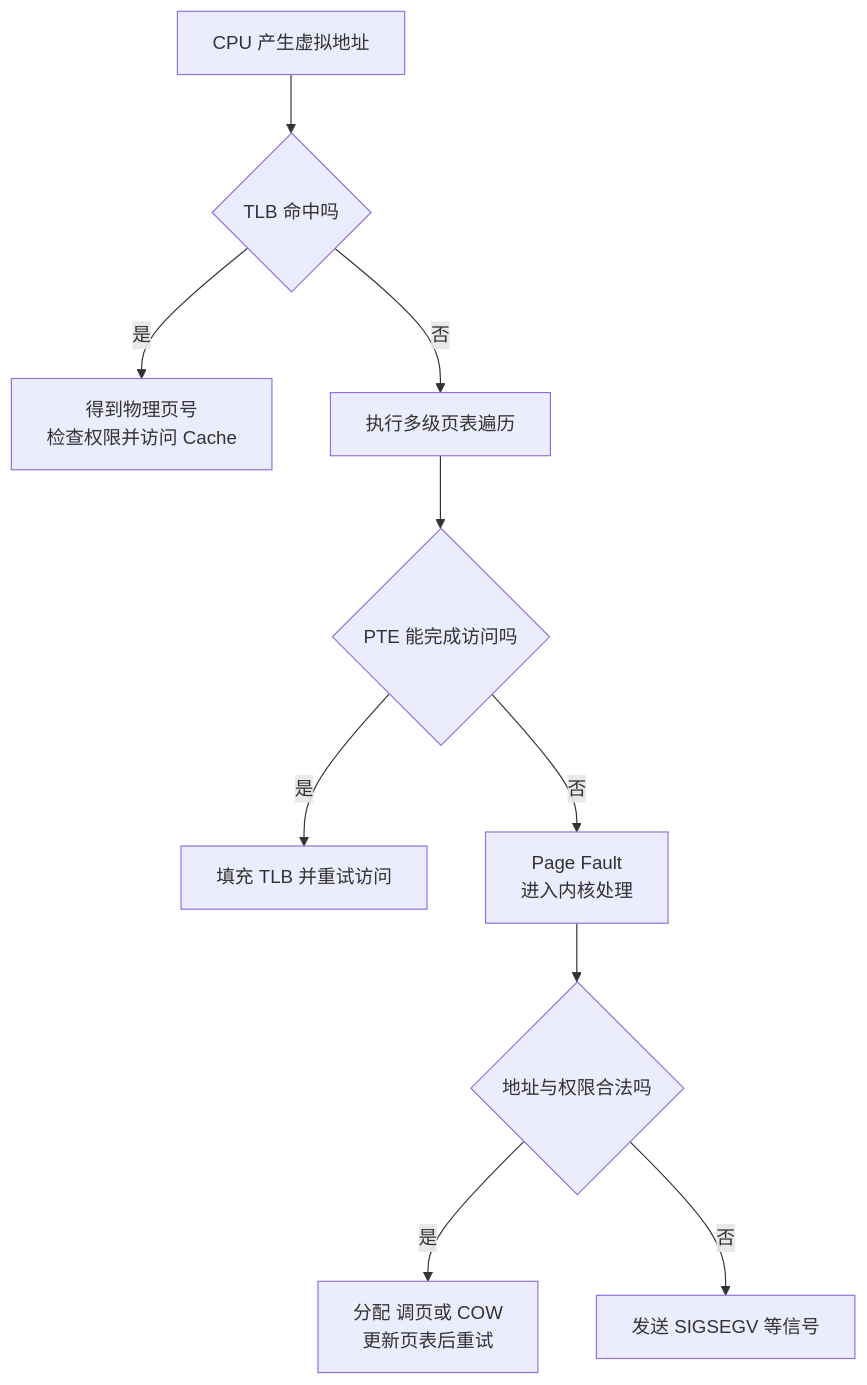
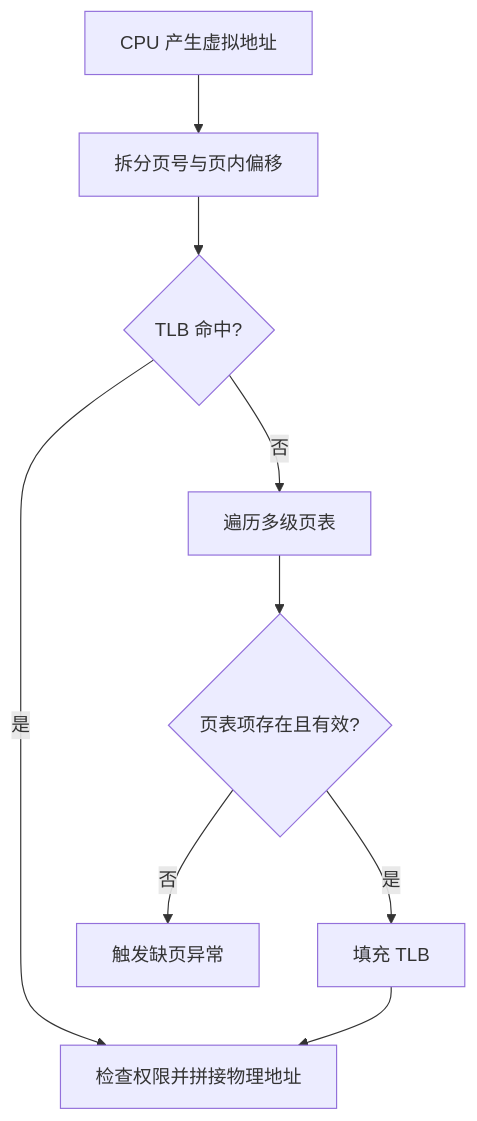
One commit to ranxi2001/zero2Leetcode changed the second of 2 diagrams in 05_interview/fundamentals/cs-core/operating-system/03-virtual-memory/index.md. Above: the diagram before and after it, drawn with Mermaid. The commit also changed other lines of this file and 38 other files, not shown here.

````diff
--- a/05_interview/fundamentals/cs-core/operating-system/03-virtual-memory/index.md
+++ b/05_interview/fundamentals/cs-core/operating-system/03-virtual-memory/index.md
@@ -103,12 +56,11 @@
 ```mermaid
 flowchart TD
-    A["CPU 产生虚拟地址"] --> B{"TLB 命中吗"}
-    B -->|"是"| C["得到物理页号<br>检查权限并访问 Cache"]
-    B -->|"否"| D["执行多级页表遍历"]
-    D --> E{"PTE 能完成访问吗"}
-    E -->|"是"| F["填充 TLB 并重试访问"]
-    E -->|"否"| G["Page Fault<br>进入内核处理"]
-    G --> H{"地址与权限合法吗"}
-    H -->|"是"| I["分配 调页或 COW<br>更新页表后重试"]
-    H -->|"否"| J["发送 SIGSEGV 等信号"]
+    A[CPU 产生虚拟地址] --> B[拆分页号与页内偏移]
+    B --> C{TLB 命中?}
+    C -->|是| D[检查权限并拼接物理地址]
+    C -->|否| E[遍历多级页表]
+    E --> F{页表项存在且有效?}
+    F -->|是| G[填充 TLB]
+    G --> D
+    F -->|否| H[触发缺页异常]
 ```
````
